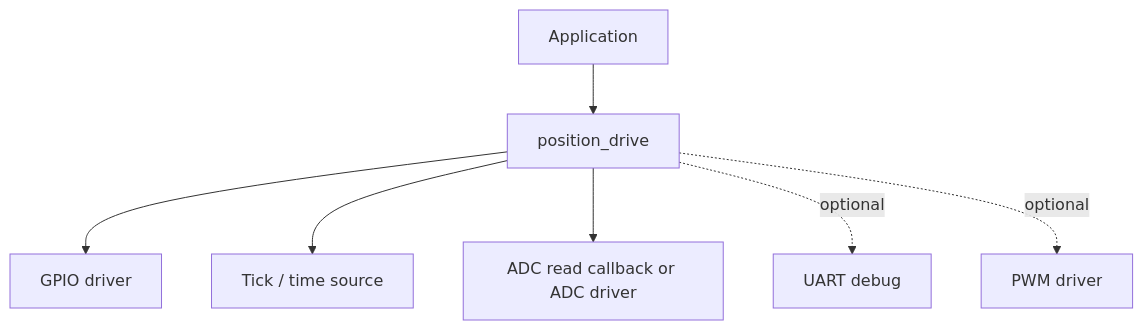
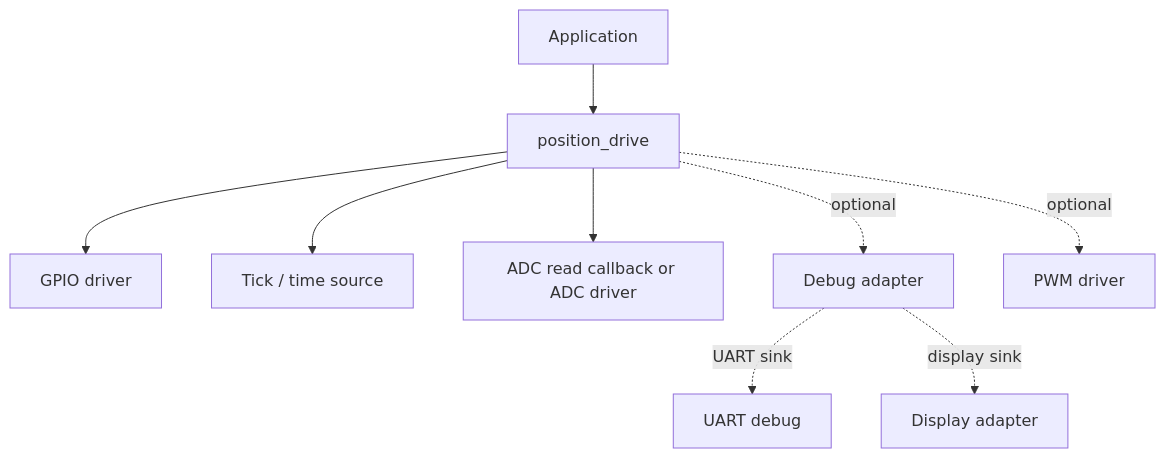
One commit to anatoliWeb/pic-platform changed the fourth of 6 diagrams in docs/libraries/actuator/position_drive.md. Above: the diagram before and after it, drawn with Mermaid. The commit also changed other lines of this file and 15 other files, not shown here.

First line of the commit message:
docs(position-drive): expand debug and workflow diagrams

````diff
--- a/docs/libraries/actuator/position_drive.md
+++ b/docs/libraries/actuator/position_drive.md
@@ -185,9 +233,11 @@
 ```mermaid
 flowchart TD
     APP[Application] --> PD[position_drive]
     PD --> GPIO[GPIO driver]
     PD --> TICK[Tick / time source]
     PD --> ADC[ADC read callback or ADC driver]
-    PD -. optional .-> UART[UART debug]
+    PD -. optional .-> DBG[Debug adapter]
     PD -. optional .-> PWM[PWM driver]
+    DBG -. UART sink .-> UART[UART debug]
+    DBG -. display sink .-> DISP[Display adapter]
 ```
````
